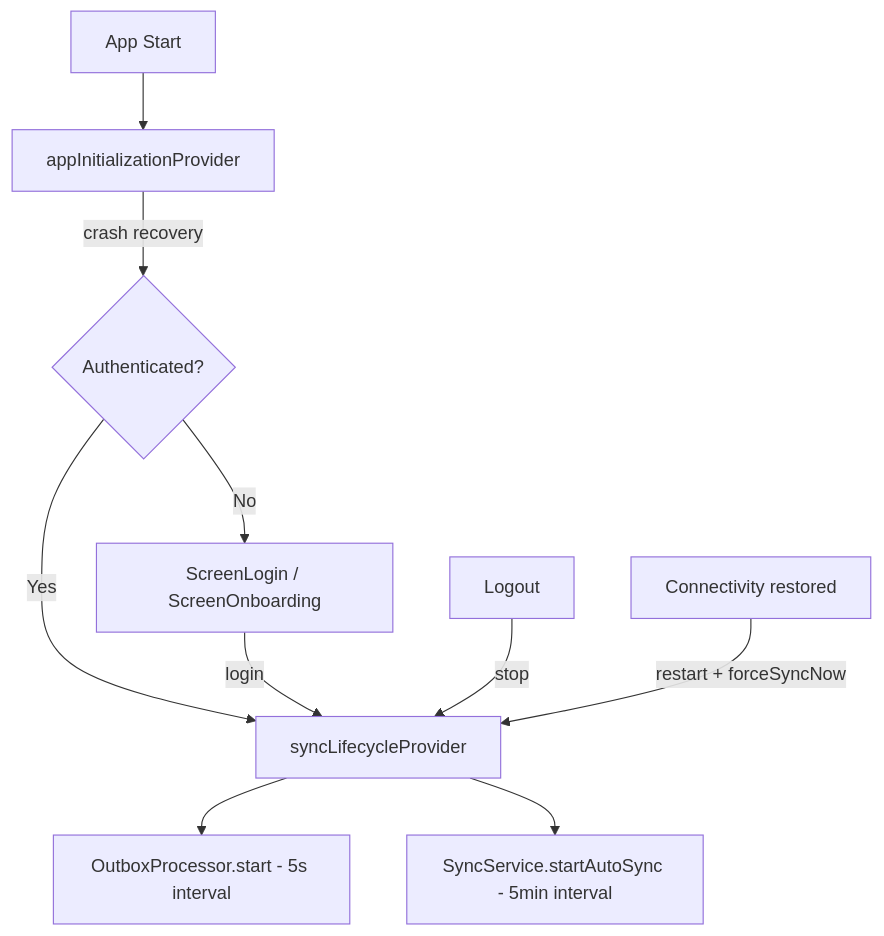
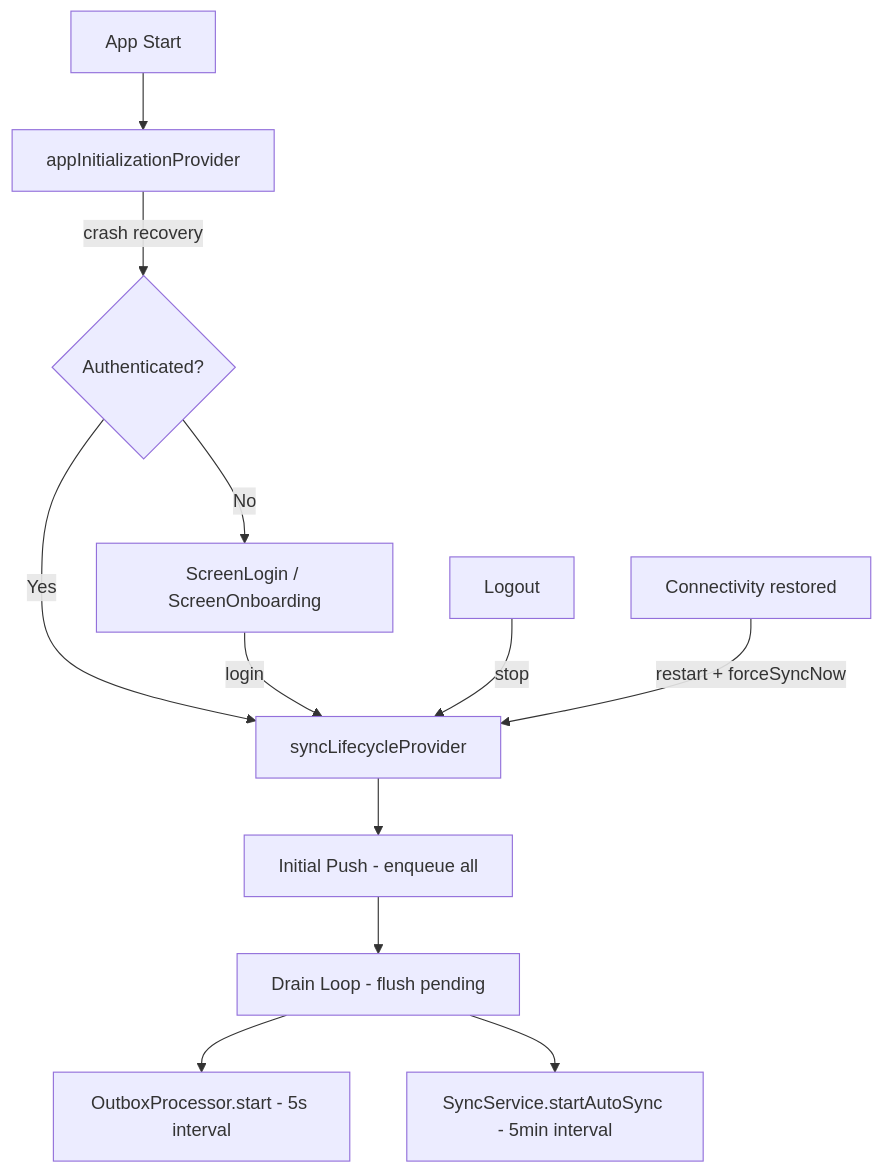
The third of 12 diagrams in PROJECT.md (Tomakas/deskpos), drawn with Mermaid before and after one commit. The commit also changed other lines of this file and 31 other files, not shown here.

````diff
--- a/PROJECT.md
+++ b/PROJECT.md
@@ -1253,12 +1269,14 @@
 ```mermaid
 graph TD
     START[App Start] --> INIT[appInitializationProvider]
     INIT --> |crash recovery| AUTH{Authenticated?}
     AUTH --> |No| LOGIN[ScreenLogin / ScreenOnboarding]
     AUTH --> |Yes| SYNC[syncLifecycleProvider]
     LOGIN --> |login| SYNC
-    SYNC --> OUT[OutboxProcessor.start - 5s interval]
-    SYNC --> AUTO[SyncService.startAutoSync - 5min interval]
+    SYNC --> PUSH[Initial Push - enqueue all]
+    PUSH --> DRAIN[Drain Loop - flush pending]
+    DRAIN --> OUT[OutboxProcessor.start - 5s interval]
+    DRAIN --> AUTO[SyncService.startAutoSync - 5min interval]
     LOGOUT[Logout] --> |stop| SYNC
     ONLINE[Connectivity restored] --> |restart + forceSyncNow| SYNC
 ```
````
